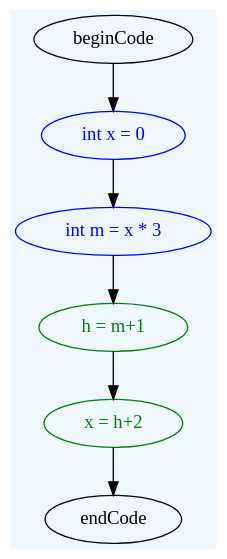
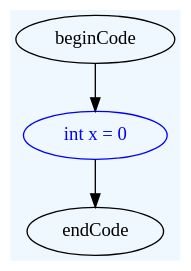
The diagram in TP3/doctest-output/grammar.gv.dot (saracqueiros/EG22), drawn with Graphviz before and after one commit. The commit also changed 8 other files, not shown here.

```diff
--- a/TP3/doctest-output/grammar.gv.dot
+++ b/TP3/doctest-output/grammar.gv.dot
@@ -1,38 +1,20 @@
 digraph grammar {
-	graph [bb="0,0,120.89,396",
+	graph [bb="0,0,97.491,180",
 		bgcolor=aliceblue,
 		rankdir=TB
 	];
 	node [label="\N"];
 	"int x = 0 "	[color=blue,
 		fontcolor=blue,
 		height=0.5,
-		pos="60.445,306",
+		pos="48.746,90",
 		width=1.2277];
-	"int m = x * 3 "	[color=blue,
-		fontcolor=blue,
-		height=0.5,
-		pos="60.445,234",
-		width=1.679];
-	"int x = 0 " -> "int m = x * 3 "	[pos="e,60.445,252.1 60.445,287.7 60.445,279.98 60.445,270.71 60.445,262.11"];
+	endCode	[height=0.5,
+		pos="48.746,18",
+		width=1.1735];
+	"int x = 0 " -> endCode	[pos="e,48.746,36.104 48.746,71.697 48.746,63.983 48.746,54.712 48.746,46.112"];
 	beginCode	[height=0.5,
-		pos="60.445,378",
+		pos="48.746,162",
 		width=1.354];
-	beginCode -> "int x = 0 "	[pos="e,60.445,324.1 60.445,359.7 60.445,351.98 60.445,342.71 60.445,334.11"];
-	" h = m+1"	[color=green,
-		fontcolor=green,
-		height=0.5,
-		pos="60.445,162",
-		width=1.2457];
-	"int m = x * 3 " -> " h = m+1"	[pos="e,60.445,180.1 60.445,215.7 60.445,207.98 60.445,198.71 60.445,190.11"];
-	" x = h+2"	[color=green,
-		fontcolor=green,
-		height=0.5,
-		pos="60.445,90",
-		width=1.1735];
-	" h = m+1" -> " x = h+2"	[pos="e,60.445,108.1 60.445,143.7 60.445,135.98 60.445,126.71 60.445,118.11"];
-	endCode	[height=0.5,
-		pos="60.445,18",
-		width=1.1735];
-	" x = h+2" -> endCode	[pos="e,60.445,36.104 60.445,71.697 60.445,63.983 60.445,54.712 60.445,46.112"];
+	beginCode -> "int x = 0 "	[pos="e,48.746,108.1 48.746,143.7 48.746,135.98 48.746,126.71 48.746,118.11"];
 }
```
